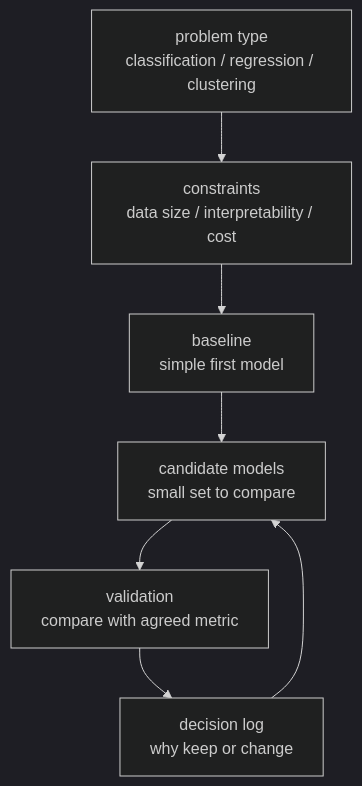
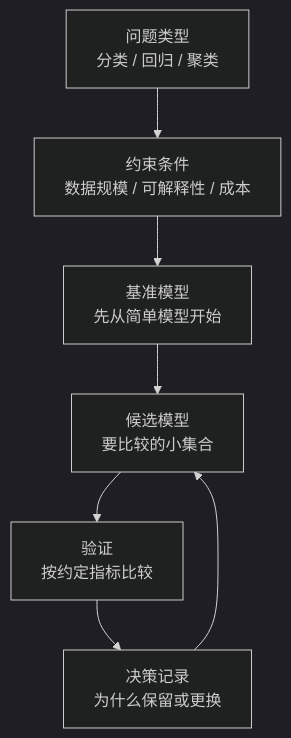
One commit to devchan64/AiBook changed the second of 3 diagrams in docs/zh/parts/part-04/chapter-03/section-02.md. Above: the diagram before and after it, drawn with Mermaid (dark theme). The commit also changed other lines of this file and 11 other files, not shown here.

````diff
--- a/docs/zh/parts/part-04/chapter-03/section-02.md
+++ b/docs/zh/parts/part-04/chapter-03/section-02.md
@@ -81,16 +81,16 @@
 ```mermaid
 flowchart TB
-  A["problem type<br/>classification / regression / clustering"]
-  B["constraints<br/>data size / interpretability / cost"]
-  C["baseline<br/>simple first model"]
-  D["candidate models<br/>small set to compare"]
-  E["validation<br/>compare with agreed metric"]
-  F["decision log<br/>why keep or change"]
+  A["问题类型<br/>分类 / 回归 / 聚类"]
+  B["约束条件<br/>数据规模 / 可解释性 / 成本"]
+  C["基准模型<br/>先从简单模型开始"]
+  D["候选模型<br/>要比较的小集合"]
+  E["验证<br/>按约定指标比较"]
+  F["决策记录<br/>为什么保留或更换"]
 
   A --> B
   B --> C
   C --> D
   D --> E
   E --> F
   F --> D
 ```
````
